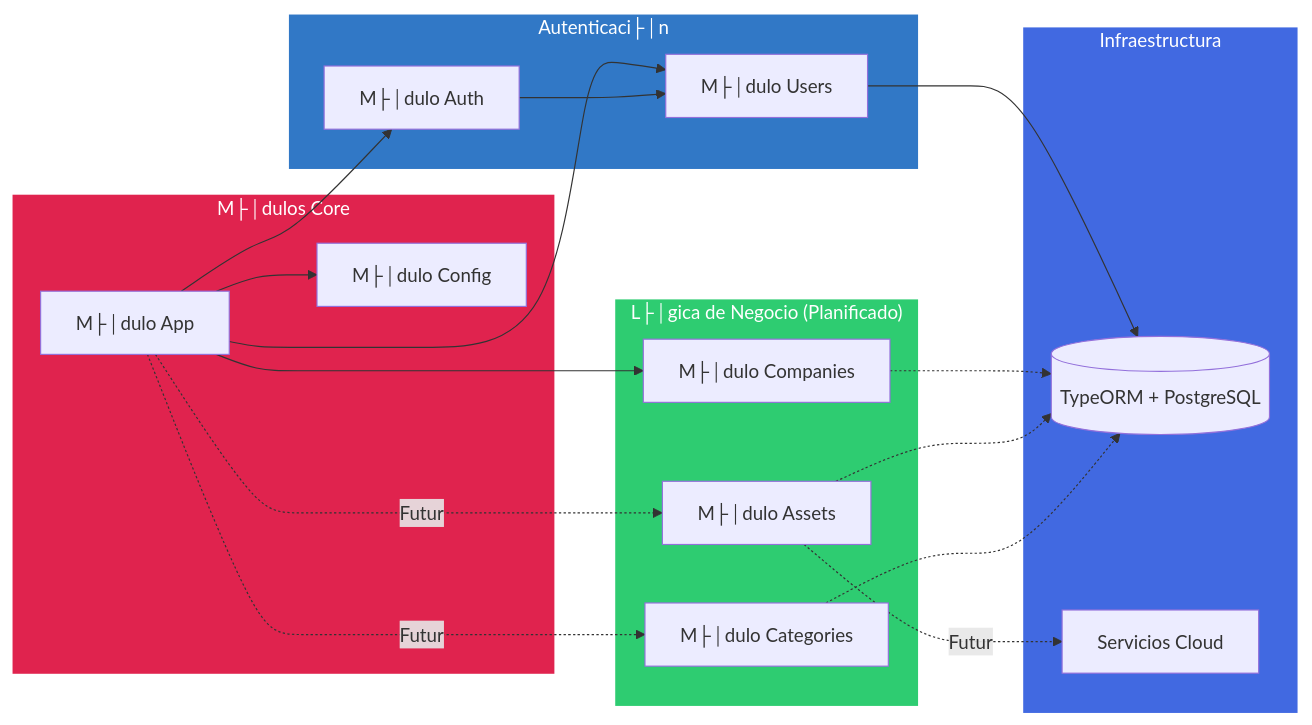
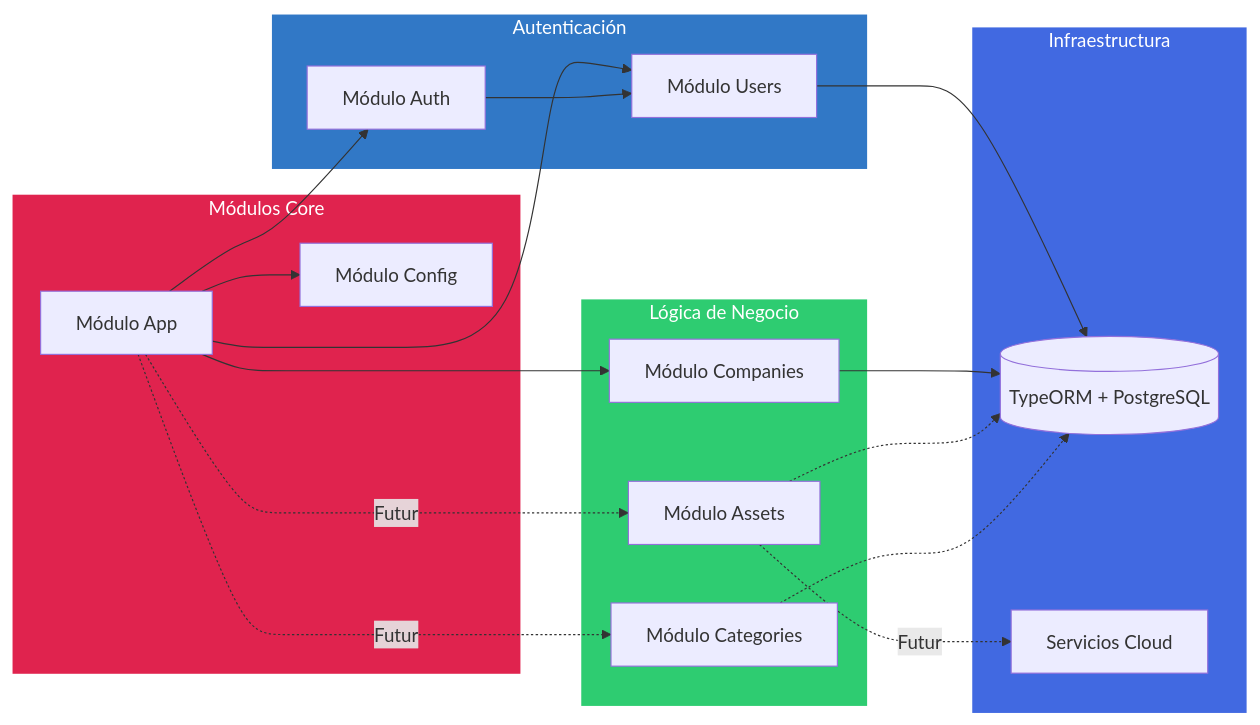
Before and after one commit to marceloemmott-dev/emmott-asset-platform-backend: the third of 5 diagrams in README.md, drawn with Mermaid. The commit also changed other lines of this file, not shown here.

Commit message:
docs: final README update with companies module structure and roadmap status

````diff
--- a/README.md
+++ b/README.md
@@ -201,43 +201,43 @@
 ```mermaid
 graph LR
-    subgraph Core["M├│dulos Core"]
-        App[M├│dulo App]
-        Config[M├│dulo Config]
+    subgraph Core["Módulos Core"]
+        App[Módulo App]
+        Config[Módulo Config]
     end
     
-    subgraph Auth["Autenticaci├│n"]
-        AuthM[M├│dulo Auth]
-        Users[M├│dulo Users]
+    subgraph Auth["Autenticación"]
+        AuthM[Módulo Auth]
+        Users[Módulo Users]
     end
     
-    subgraph Business["L├│gica de Negocio (Planificado)"]
-        Companies[M├│dulo Companies]
-        Assets[M├│dulo Assets]
-        Categories[M├│dulo Categories]
+    subgraph Business["Lógica de Negocio"]
+        Companies[Módulo Companies]
+        Assets[Módulo Assets]
+        Categories[Módulo Categories]
     end
     
     subgraph Infrastructure["Infraestructura"]
         DB[(TypeORM + PostgreSQL)]
         Cloud[Servicios Cloud]
     end
     
     App --> Config
     App --> AuthM
     App --> Users
     AuthM --> Users
     App --> Companies
     App -.Futuro.-> Assets
     App -.Futuro.-> Categories
     
     Users --> DB
-    Companies -.-> DB
+    Companies --> DB
     Assets -.-> DB
     Categories -.-> DB
     
     Assets -.Futuro.-> Cloud
     
     style Core fill:#E0234E,stroke:#fff,stroke-width:2px,color:#fff
     style Auth fill:#3178C6,stroke:#fff,stroke-width:2px,color:#fff
     style Business fill:#2ecc71,stroke:#fff,stroke-width:2px,color:#fff
     style Infrastructure fill:#4169E1,stroke:#fff,stroke-width:2px,color:#fff
 ```
````
